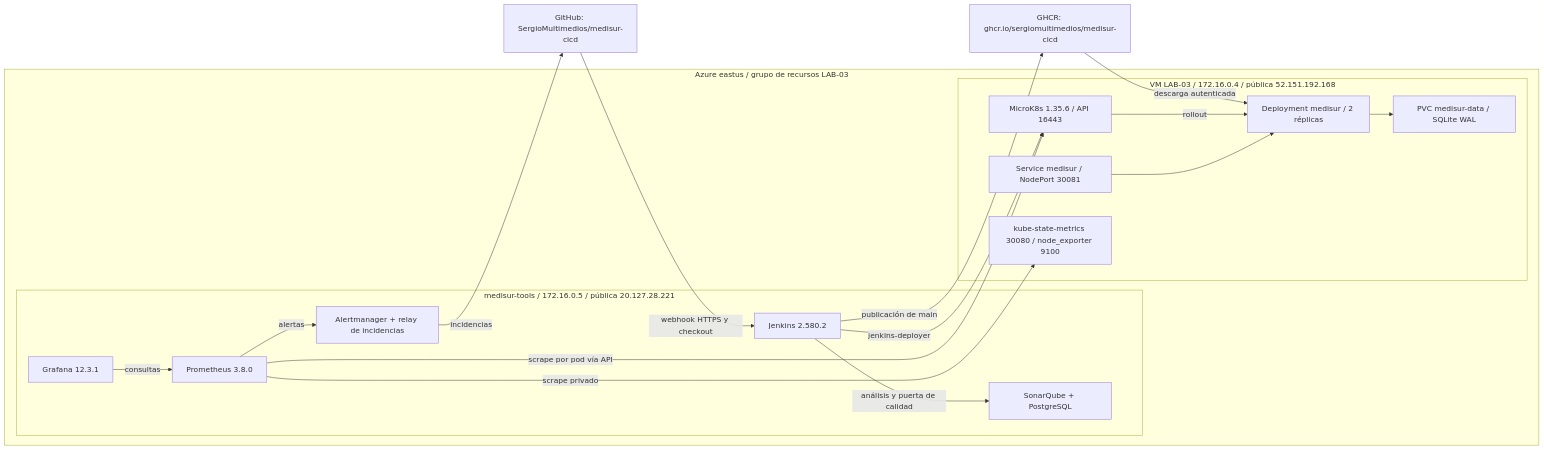
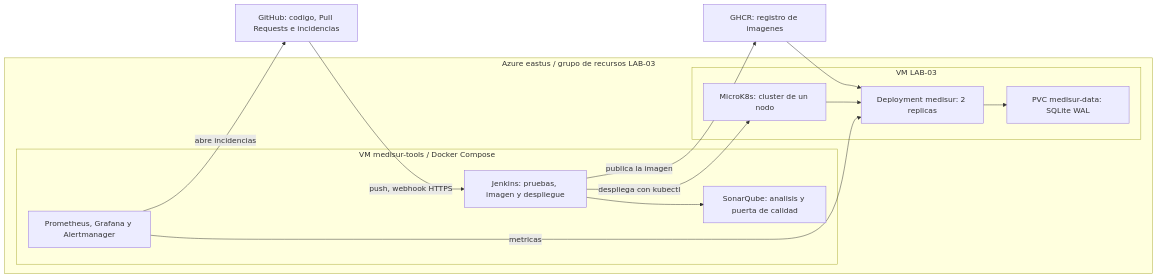
One commit to SergioMultimedios/medisur-cicd changed the diagram in docs/reporte.md. Above: the diagram before and after it, drawn with Mermaid. The commit also changed other lines of this file and 4 other files, not shown here.

First line of the commit message:
Verificar el job de ramas y corregir el diagrama, las cifras y el modelo declarado (#2)

````diff
--- a/docs/reporte.md
+++ b/docs/reporte.md
@@ -35,34 +35,26 @@
 ```mermaid
 flowchart LR
-    repo["GitHub: SergioMultimedios/medisur-cicd"]
-    ghcr["GHCR: ghcr.io/sergiomultimedios/medisur-cicd"]
+    github["GitHub: codigo, Pull Requests e incidencias"]
+    ghcr["GHCR: registro de imagenes"]
     subgraph azure["Azure eastus / grupo de recursos LAB-03"]
-        subgraph tools["medisur-tools / 172.16.0.5 / pública 20.127.28.221"]
-            jenkins["Jenkins 2.580.2"]
-            sonar["SonarQube + PostgreSQL"]
-            prom["Prometheus 3.8.0"]
-            grafana["Grafana 12.3.1"]
-            alerts["Alertmanager + relay de incidencias"]
+        subgraph tools["VM medisur-tools / Docker Compose"]
+            jenkins["Jenkins: pruebas, imagen y despliegue"]
+            sonar["SonarQube: analisis y puerta de calidad"]
+            monitoring["Prometheus, Grafana y Alertmanager"]
         end
-        subgraph lab["VM LAB-03 / 172.16.0.4 / pública 52.151.192.168"]
-            api["MicroK8s 1.35.6 / API 16443"]
-            service["Service medisur / NodePort 30081"]
-            pods["Deployment medisur / 2 réplicas"]
-            pvc["PVC medisur-data / SQLite WAL"]
-            metrics["kube-state-metrics 30080 / node_exporter 9100"]
+        subgraph lab["VM LAB-03"]
+            cluster["MicroK8s: cluster de un nodo"]
+            app["Deployment medisur: 2 replicas"]
+            pvc["PVC medisur-data: SQLite WAL"]
         end
     end
-    repo -->|webhook HTTPS y checkout| jenkins
-    jenkins -->|análisis y puerta de calidad| sonar
-    jenkins -->|publicación de main| ghcr
-    ghcr -->|descarga autenticada| pods
-    jenkins -->|jenkins-deployer| api
-    api -->|rollout| pods
-    service --> pods
-    pods --> pvc
-    prom -->|scrape por pod vía API| api
-    prom -->|scrape privado| metrics
-    grafana -->|consultas| prom
-    prom -->|alertas| alerts
-    alerts -->|incidencias| repo
+    github -->|push, webhook HTTPS| jenkins
+    jenkins --> sonar
+    jenkins -->|publica la imagen| ghcr
+    jenkins -->|despliega con kubectl| cluster
+    ghcr --> app
+    cluster --> app
+    app --> pvc
+    monitoring -->|metricas| app
+    monitoring -->|abre incidencias| github
 ```
````
